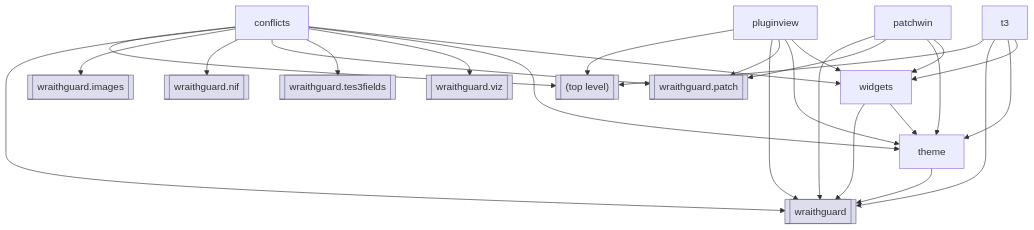
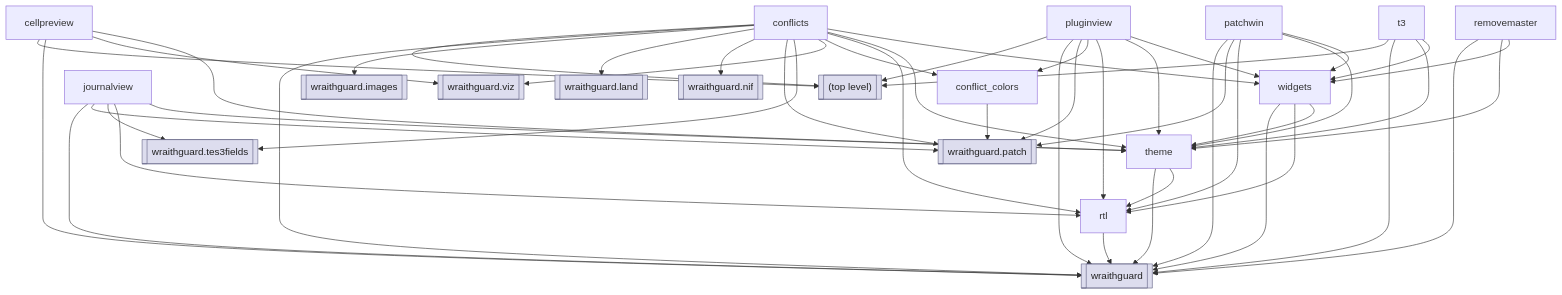
One commit to staticnation/WraithguardToolkit changed the tenth of 39 diagrams in art/AST-calls.md. Above: the diagram before and after it, drawn with Mermaid. The commit also changed other lines of this file and 25 other files, not shown here.

````diff
--- a/art/AST-calls.md
+++ b/art/AST-calls.md
@@ -393,42 +961,70 @@
 ```mermaid
 flowchart TD
+  n_wraithguard_gui_cellpreview["cellpreview"]
+  n_wraithguard_gui_conflict_colors["conflict_colors"]
   n_wraithguard_gui_conflicts["conflicts"]
+  n_wraithguard_gui_journalview["journalview"]
   n_wraithguard_gui_patchwin["patchwin"]
   n_wraithguard_gui_pluginview["pluginview"]
+  n_wraithguard_gui_removemaster["removemaster"]
+  n_wraithguard_gui_rtl["rtl"]
   n_wraithguard_gui_t3["t3"]
   n_wraithguard_gui_theme["theme"]
   n_wraithguard_gui_widgets["widgets"]
   n_PKG__top_level_[["(top level)"]]:::pkglink
+  n_wraithguard_gui_cellpreview --> n_PKG__top_level_
+  n_PKG_wraithguard[["wraithguard"]]:::pkglink
+  n_wraithguard_gui_cellpreview --> n_PKG_wraithguard
+  n_PKG_wraithguard_viz[["wraithguard.viz"]]:::pkglink
+  n_wraithguard_gui_cellpreview --> n_PKG_wraithguard_viz
+  n_wraithguard_gui_cellpreview --> n_wraithguard_gui_theme
+  n_PKG_wraithguard_patch[["wraithguard.patch"]]:::pkglink
+  n_wraithguard_gui_conflict_colors --> n_PKG_wraithguard_patch
   n_wraithguard_gui_conflicts --> n_PKG__top_level_
-  n_PKG_wraithguard[["wraithguard"]]:::pkglink
   n_wraithguard_gui_conflicts --> n_PKG_wraithguard
   n_PKG_wraithguard_images[["wraithguard.images"]]:::pkglink
   n_wraithguard_gui_conflicts --> n_PKG_wraithguard_images
+  n_PKG_wraithguard_land[["wraithguard.land"]]:::pkglink
+  n_wraithguard_gui_conflicts --> n_PKG_wraithguard_land
   n_PKG_wraithguard_nif[["wraithguard.nif"]]:::pkglink
   n_wraithguard_gui_conflicts --> n_PKG_wraithguard_nif
-  n_PKG_wraithguard_patch[["wraithguard.patch"]]:::pkglink
   n_wraithguard_gui_conflicts --> n_PKG_wraithguard_patch
   n_PKG_wraithguard_tes3fields[["wraithguard.tes3fields"]]:::pkglink
   n_wraithguard_gui_conflicts --> n_PKG_wraithguard_tes3fields
-  n_PKG_wraithguard_viz[["wraithguard.viz"]]:::pkglink
   n_wraithguard_gui_conflicts --> n_PKG_wraithguard_viz
+  n_wraithguard_gui_conflicts --> n_wraithguard_gui_conflict_colors
+  n_wraithguard_gui_conflicts --> n_wraithguard_gui_rtl
   n_wraithguard_gui_conflicts --> n_wraithguard_gui_theme
   n_wraithguard_gui_conflicts --> n_wraithguard_gui_widgets
+  n_wraithguard_gui_journalview --> n_PKG_wraithguard
+  n_wraithguard_gui_journalview --> n_PKG_wraithguard_patch
+  n_wraithguard_gui_journalview --> n_PKG_wraithguard_tes3fields
+  n_wraithguard_gui_journalview --> n_wraithguard_gui_rtl
+  n_wraithguard_gui_journalview --> n_wraithguard_gui_theme
   n_wraithguard_gui_patchwin --> n_PKG_wraithguard
   n_wraithguard_gui_patchwin --> n_PKG_wraithguard_patch
+  n_wraithguard_gui_patchwin --> n_wraithguard_gui_rtl
   n_wraithguard_gui_patchwin --> n_wraithguard_gui_theme
   n_wraithguard_gui_patchwin --> n_wraithguard_gui_widgets
   n_wraithguard_gui_pluginview --> n_PKG__top_level_
   n_wraithguard_gui_pluginview --> n_PKG_wraithguard
   n_wraithguard_gui_pluginview --> n_PKG_wraithguard_patch
+  n_wraithguard_gui_pluginview --> n_wraithguard_gui_conflict_colors
+  n_wraithguard_gui_pluginview --> n_wraithguard_gui_rtl
   n_wraithguard_gui_pluginview --> n_wraithguard_gui_theme
   n_wraithguard_gui_pluginview --> n_wraithguard_gui_widgets
+  n_wraithguard_gui_removemaster --> n_PKG_wraithguard
+  n_wraithguard_gui_removemaster --> n_wraithguard_gui_theme
+  n_wraithguard_gui_removemaster --> n_wraithguard_gui_widgets
+  n_wraithguard_gui_rtl --> n_PKG_wraithguard
   n_wraithguard_gui_t3 --> n_PKG__top_level_
   n_wraithguard_gui_t3 --> n_PKG_wraithguard
   n_wraithguard_gui_t3 --> n_wraithguard_gui_theme
   n_wraithguard_gui_t3 --> n_wraithguard_gui_widgets
   n_wraithguard_gui_theme --> n_PKG_wraithguard
+  n_wraithguard_gui_theme --> n_wraithguard_gui_rtl
   n_wraithguard_gui_widgets --> n_PKG_wraithguard
+  n_wraithguard_gui_widgets --> n_wraithguard_gui_rtl
   n_wraithguard_gui_widgets --> n_wraithguard_gui_theme
-  classDef pkglink fill:#dde,stroke:#668
+  classDef pkglink fill:#dde,stroke:#668,color:#222
 ```
````
